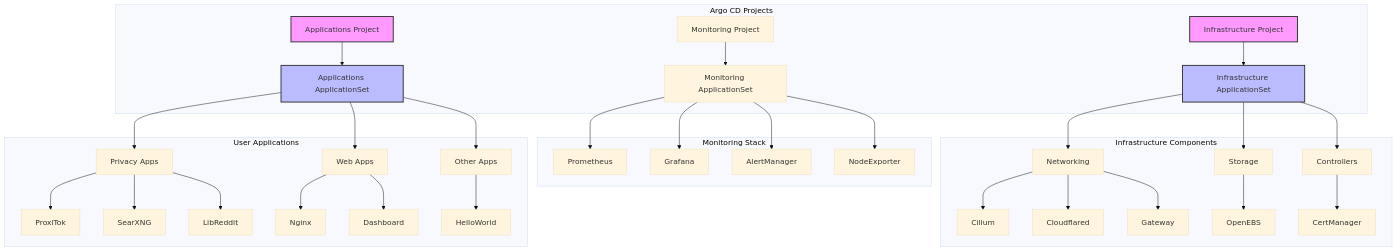
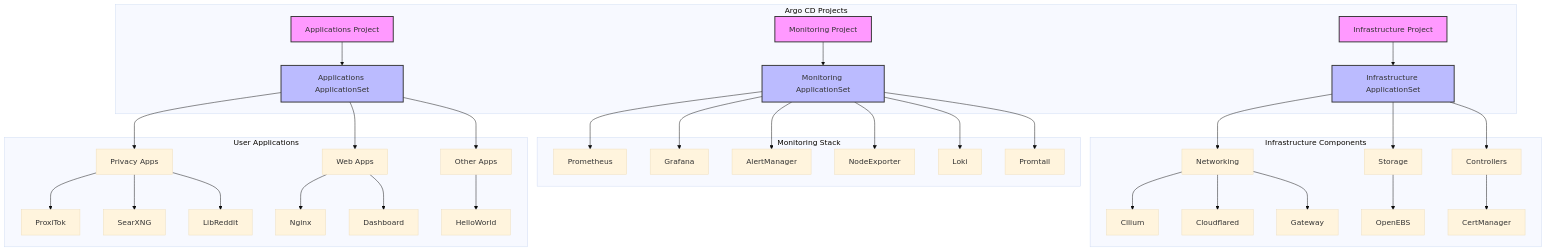
Before and after one commit to nzwemmer/k3s-argocd-starter: the diagram in readme.md, drawn with Mermaid (base theme). The commit also changed other lines of this file and 54 other files, not shown here.

````diff
--- a/readme.md
+++ b/readme.md
@@ -46,49 +46,53 @@
 ```mermaid
 graph TD
     subgraph "Argo CD Projects"
         IP[Infrastructure Project] --> IAS[Infrastructure ApplicationSet]
         AP[Applications Project] --> AAS[Applications ApplicationSet]
         MP[Monitoring Project] --> MAS[Monitoring ApplicationSet]
     end
     
     subgraph "Infrastructure Components"
         IAS --> N[Networking]
         IAS --> S[Storage]
         IAS --> C[Controllers]
         
         N --> Cilium
         N --> Cloudflared
         N --> Gateway
         
         S --> OpenEBS
         
         C --> CertManager
     end
     
     subgraph "Monitoring Stack"
         MAS --> Prometheus
         MAS --> Grafana
         MAS --> AlertManager
         MAS --> NodeExporter
+        MAS --> Loki
+        MAS --> Promtail
     end
     
     subgraph "User Applications"
         AAS --> P[Privacy Apps]
         AAS --> Web[Web Apps]
         AAS --> Other[Other Apps]
         
         P --> ProxiTok
         P --> SearXNG
         P --> LibReddit
         
         Web --> Nginx
         Web --> Dashboard
         
         Other --> HelloWorld
     end
 
     style IP fill:#f9f,stroke:#333,stroke-width:2px
     style AP fill:#f9f,stroke:#333,stroke-width:2px
+    style MP fill:#f9f,stroke:#333,stroke-width:2px
     style IAS fill:#bbf,stroke:#333,stroke-width:2px
     style AAS fill:#bbf,stroke:#333,stroke-width:2px
+    style MAS fill:#bbf,stroke:#333,stroke-width:2px
 ```
````
